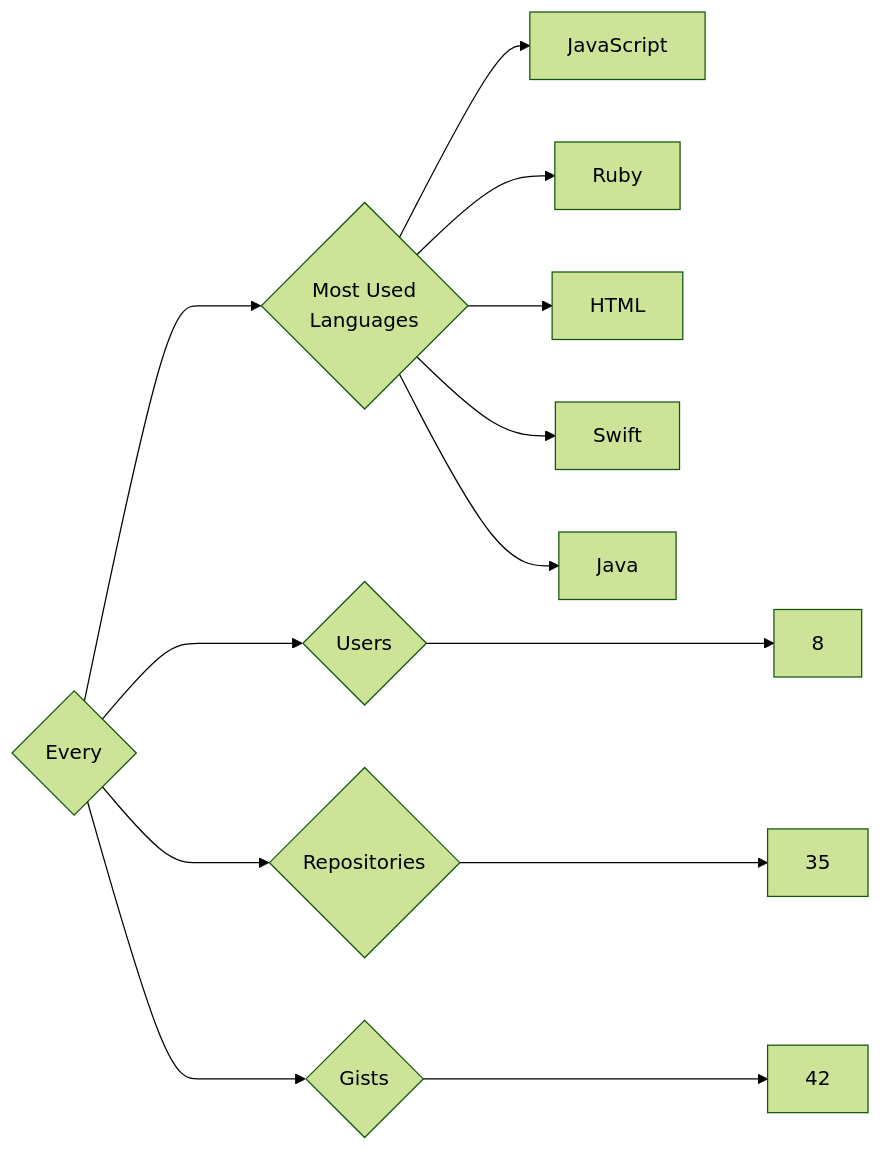
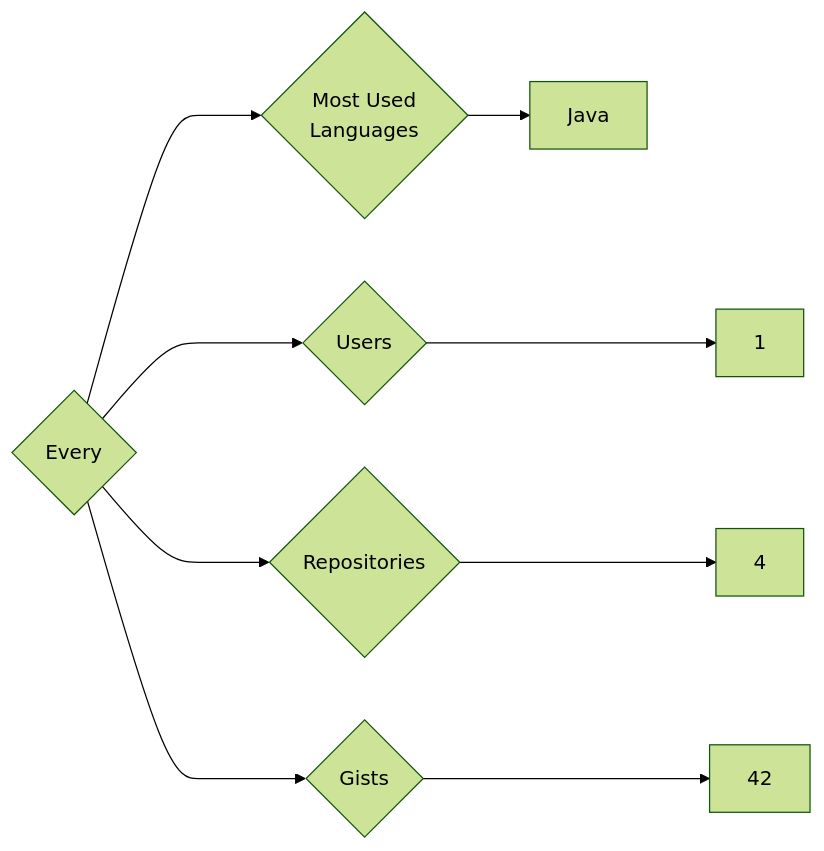
Before and after one commit to trickest/insiders: the diagram in targets/Every/README.md, drawn with Mermaid (forest theme). The commit also changed 440 other files, not shown here.

````diff
--- a/targets/Every/README.md
+++ b/targets/Every/README.md
@@ -3,13 +3,9 @@
 ```mermaid
 graph LR
 COMPANY_NAME{Every}
-COMPANY_NAME ---> U{Users} ---> UN[8]
-COMPANY_NAME ---> R{Repositories} ---> RN[35]
+COMPANY_NAME ---> U{Users} ---> UN[1]
+COMPANY_NAME ---> R{Repositories} ---> RN[4]
 COMPANY_NAME ---> G{Gists} ---> GN[42]
 COMPANY_NAME ---> ML{Most Used<br>Languages}
-ML --> JavaScript[JavaScript]
-ML --> Ruby[Ruby]
-ML --> HTML[HTML]
-ML --> Swift[Swift]
 ML --> Java[Java]
 ```
````
